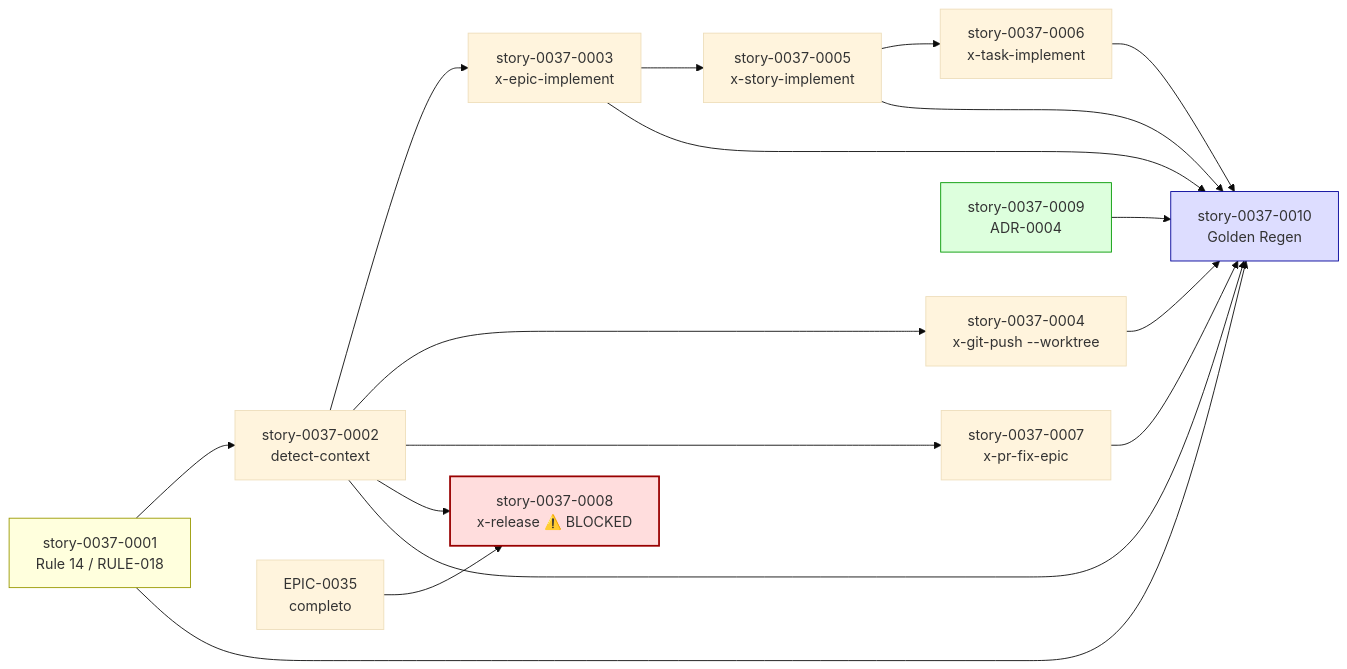
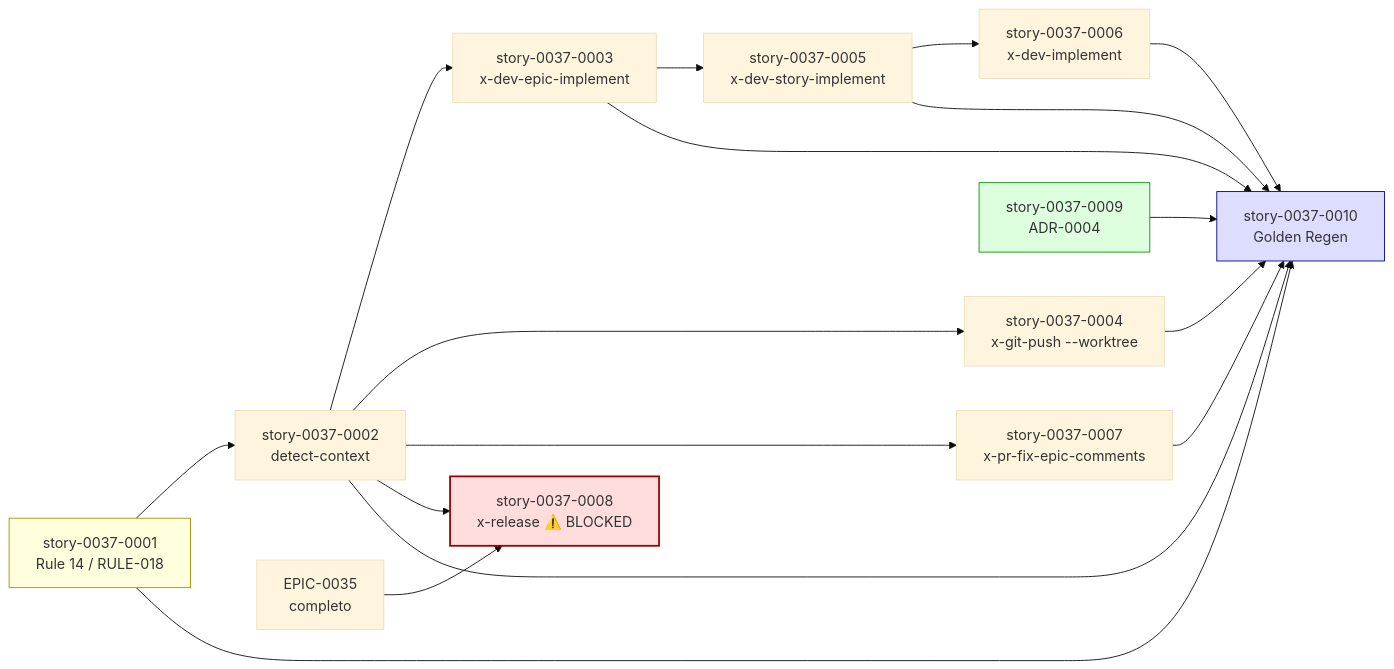
One commit to edercnj/ia-dev-environment changed the diagram in plans/epic-0037/implementation-map-0037.md. Above: the diagram before and after it, drawn with Mermaid (base theme). The commit also changed other lines of this file and 11 other files, not shown here.

First line of the commit message:
fix(epic-0037): address PR #279 review comments

````diff
--- a/plans/epic-0037/implementation-map-0037.md
+++ b/plans/epic-0037/implementation-map-0037.md
@@ -137,39 +137,39 @@
 ```mermaid
 graph LR
     S1[story-0037-0001<br/>Rule 14 / RULE-018]
     S2[story-0037-0002<br/>detect-context]
-    S3[story-0037-0003<br/>x-epic-implement]
+    S3[story-0037-0003<br/>x-dev-epic-implement]
     S4[story-0037-0004<br/>x-git-push --worktree]
-    S5[story-0037-0005<br/>x-story-implement]
-    S6[story-0037-0006<br/>x-task-implement]
-    S7[story-0037-0007<br/>x-pr-fix-epic]
+    S5[story-0037-0005<br/>x-dev-story-implement]
+    S6[story-0037-0006<br/>x-dev-implement]
+    S7[story-0037-0007<br/>x-pr-fix-epic-comments]
     S8[story-0037-0008<br/>x-release ⚠️ BLOCKED]
     S9[story-0037-0009<br/>ADR-0004]
     S10[story-0037-0010<br/>Golden Regen]
 
     EPIC0035[EPIC-0035<br/>completo]
 
     S1 --> S2
     S2 --> S3
     S2 --> S4
     S2 --> S7
     S2 --> S8
     S3 --> S5
     S5 --> S6
 
     S1 --> S10
     S2 --> S10
     S3 --> S10
     S4 --> S10
     S5 --> S10
     S6 --> S10
     S7 --> S10
     S9 --> S10
 
     EPIC0035 --> S8
 
     style S8 fill:#fdd,stroke:#900,stroke-width:2px
     style S9 fill:#dfd,stroke:#090
     style S1 fill:#ffd,stroke:#990
     style S10 fill:#ddf,stroke:#009
 ```
````
